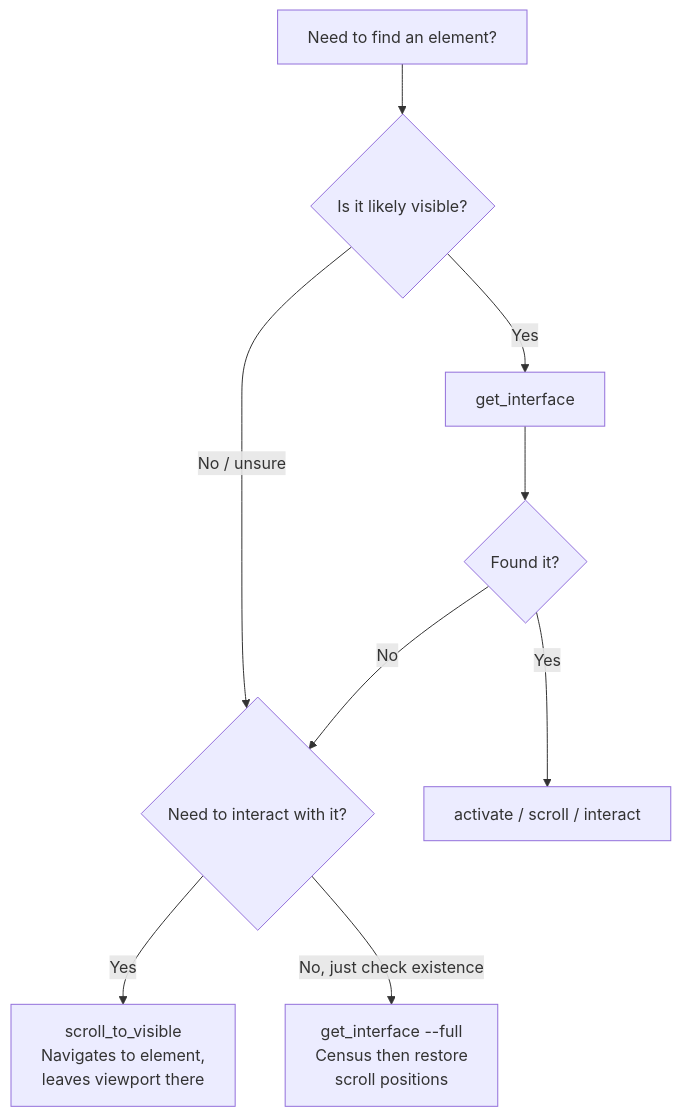
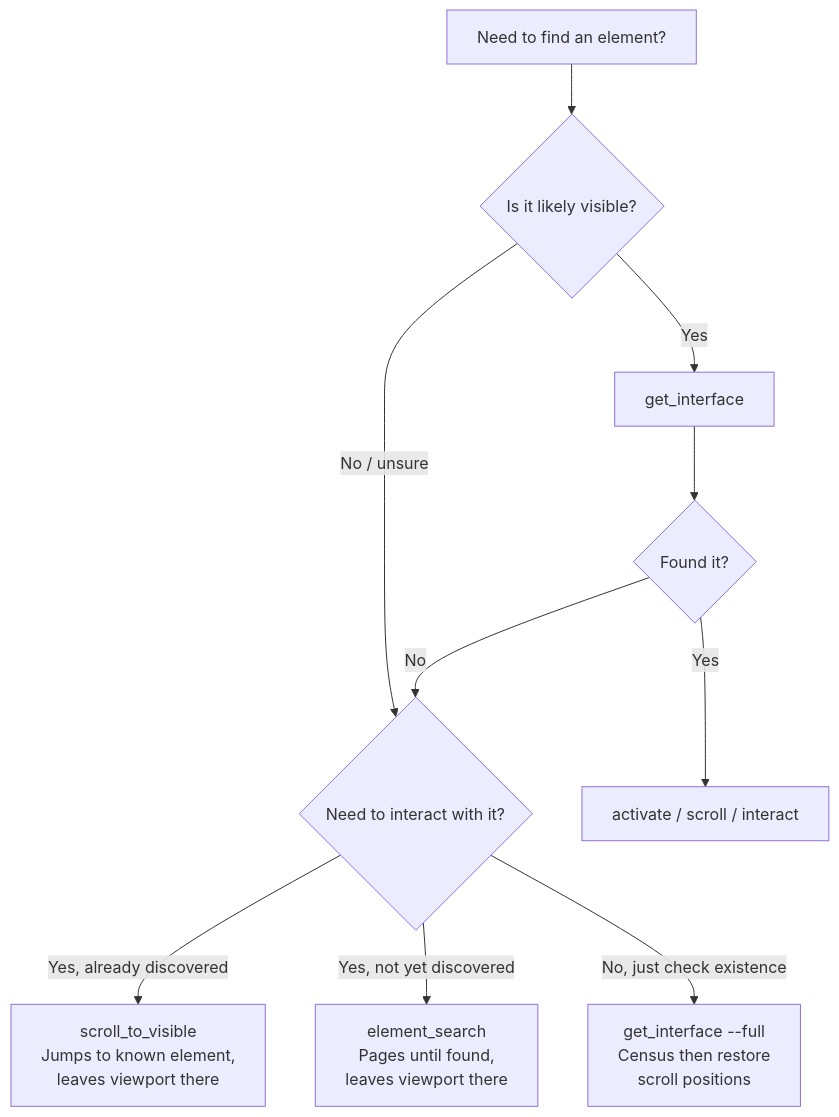
One commit to RoyalPineapple/TheButtonHeist changed the third of 5 diagrams in docs/WIRE-PROTOCOL.md. Above: the diagram before and after it, drawn with Mermaid. The commit also changed other lines of this file and 11 other files, not shown here.

````diff
--- a/docs/WIRE-PROTOCOL.md
+++ b/docs/WIRE-PROTOCOL.md
@@ -923,11 +952,12 @@
 ```mermaid
 flowchart TD
     A[Need to find an element?] --> B{Is it likely visible?}
     B -->|Yes| C[get_interface]
     B -->|No / unsure| D{Need to interact with it?}
-    D -->|Yes| E[scroll_to_visible<br>Navigates to element,<br>leaves viewport there]
+    D -->|Yes, already discovered| E[scroll_to_visible<br>Jumps to known element,<br>leaves viewport there]
+    D -->|Yes, not yet discovered| I[element_search<br>Pages until found,<br>leaves viewport there]
     D -->|No, just check existence| F[get_interface --full<br>Census then restore<br>scroll positions]
     C --> G{Found it?}
     G -->|Yes| H[activate / scroll / interact]
     G -->|No| D
 ```
````
